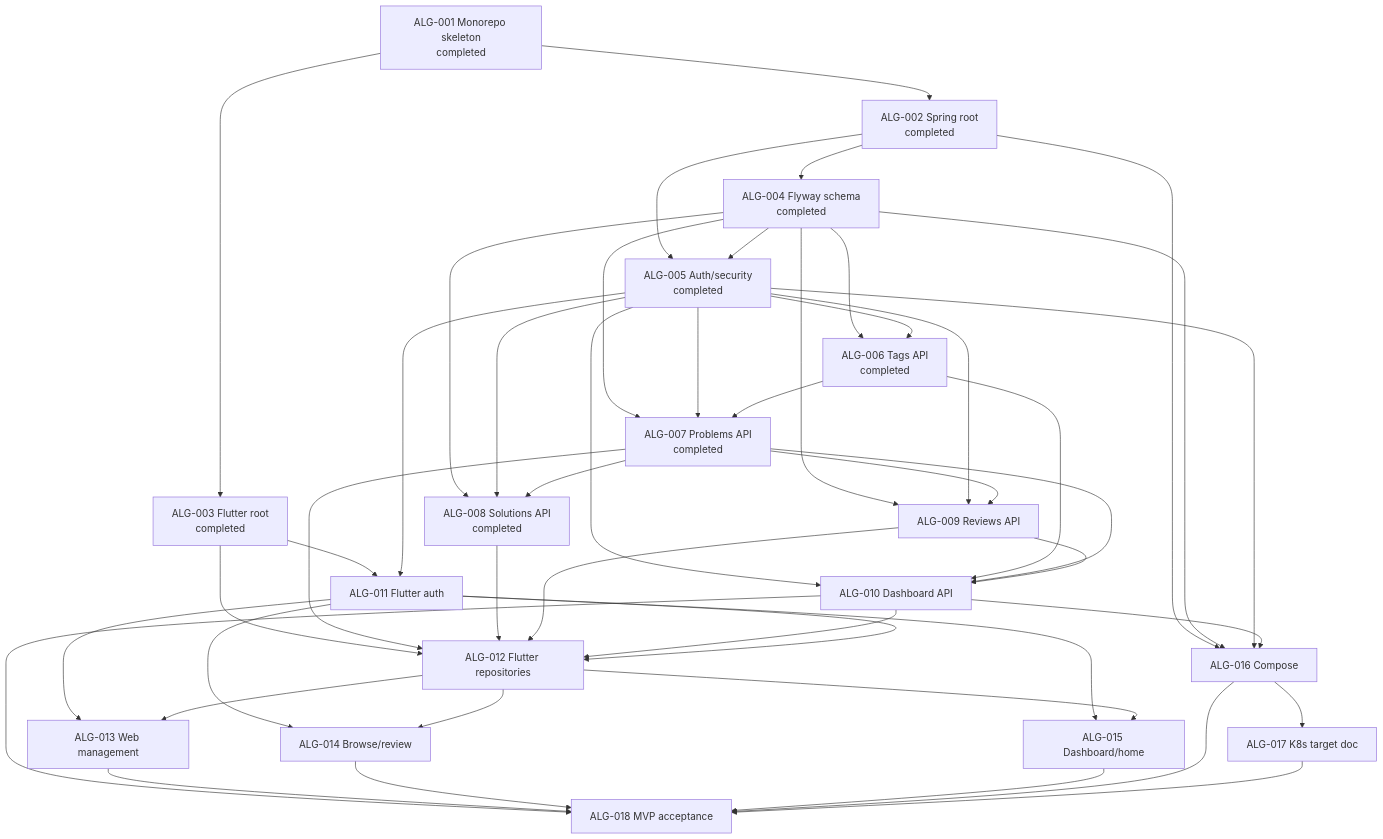
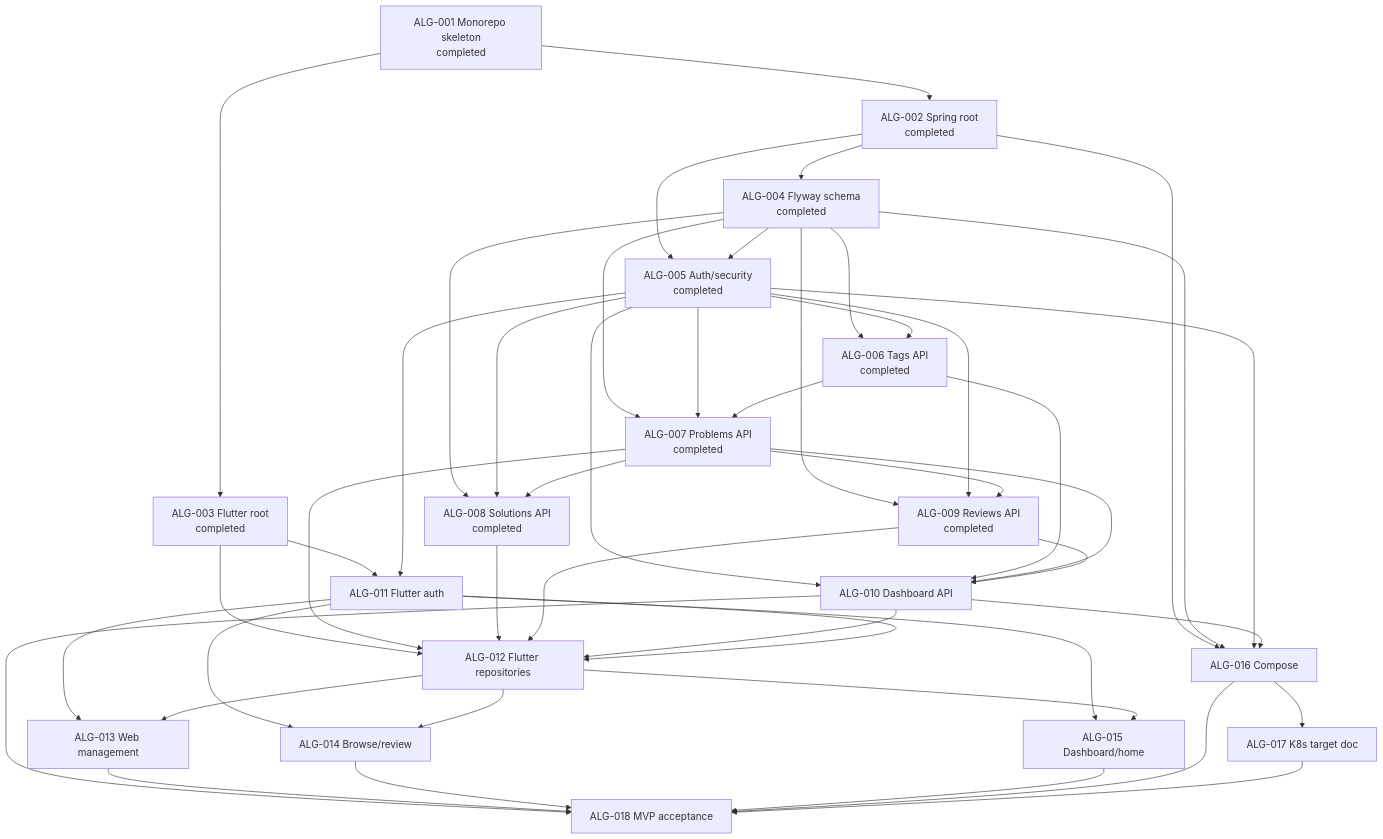
Before and after one commit to allenljf/algorithm-learning: the diagram in agent-workflow/WORK_GRAPH.md, drawn with Mermaid. The commit also changed 11 other files, not shown here.

````diff
--- a/agent-workflow/WORK_GRAPH.md
+++ b/agent-workflow/WORK_GRAPH.md
@@ -3,67 +3,67 @@
 ```mermaid
 flowchart TD
   T1[ALG-001 Monorepo skeleton\ncompleted]
   T2[ALG-002 Spring root\ncompleted]
   T3[ALG-003 Flutter root\ncompleted]
   T4[ALG-004 Flyway schema\ncompleted]
   T5[ALG-005 Auth/security\ncompleted]
   T6[ALG-006 Tags API\ncompleted]
   T7[ALG-007 Problems API\ncompleted]
   T8[ALG-008 Solutions API\ncompleted]
-  T9[ALG-009 Reviews API]
+  T9[ALG-009 Reviews API\ncompleted]
   T10[ALG-010 Dashboard API]
   T11[ALG-011 Flutter auth]
   T12[ALG-012 Flutter repositories]
   T13[ALG-013 Web management]
   T14[ALG-014 Browse/review]
   T15[ALG-015 Dashboard/home]
   T16[ALG-016 Compose]
   T17[ALG-017 K8s target doc]
   T18[ALG-018 MVP acceptance]
 
   T1 --> T2
   T1 --> T3
   T2 --> T4
   T2 --> T5
   T4 --> T5
   T4 --> T6
   T5 --> T6
   T4 --> T7
   T5 --> T7
   T6 --> T7
   T4 --> T8
   T5 --> T8
   T7 --> T8
   T4 --> T9
   T5 --> T9
   T7 --> T9
   T5 --> T10
   T6 --> T10
   T7 --> T10
   T9 --> T10
   T3 --> T11
   T5 --> T11
   T3 --> T12
   T7 --> T12
   T8 --> T12
   T9 --> T12
   T10 --> T12
   T11 --> T12
   T11 --> T13
   T12 --> T13
   T11 --> T14
   T12 --> T14
   T11 --> T15
   T12 --> T15
   T2 --> T16
   T4 --> T16
   T5 --> T16
   T10 --> T16
   T16 --> T17
   T10 --> T18
   T13 --> T18
   T14 --> T18
   T15 --> T18
   T16 --> T18
   T17 --> T18
 ```
````
